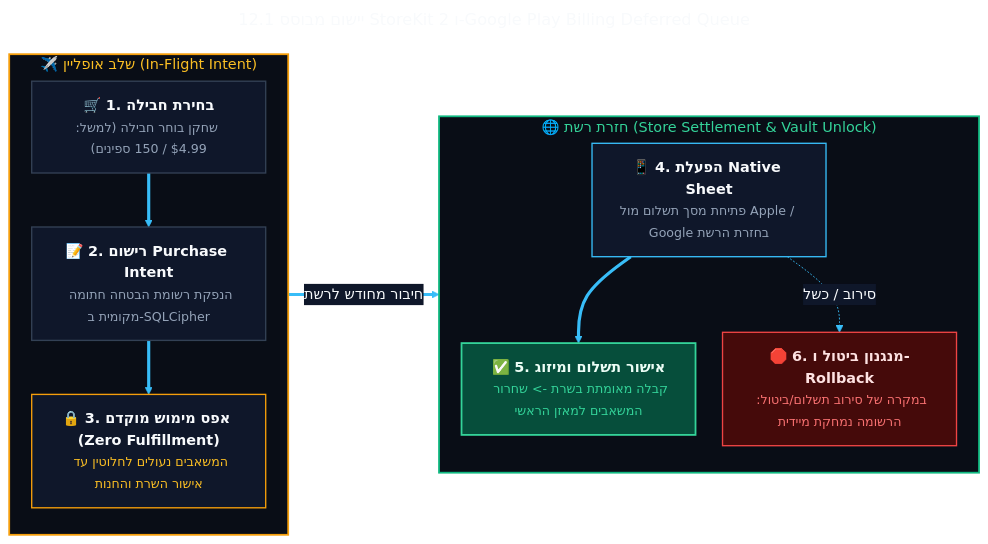
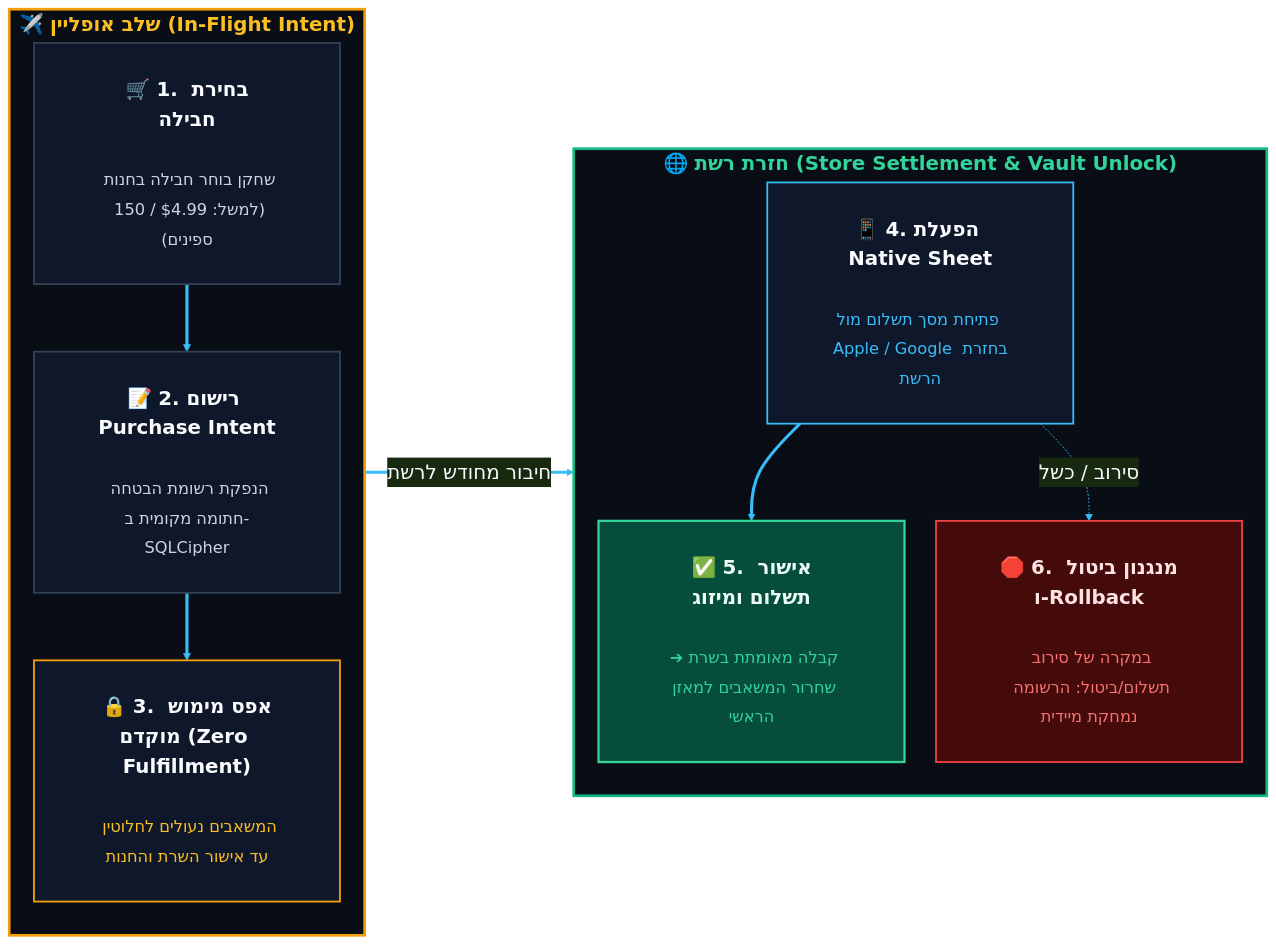
Before and after one commit to Yuvalalex/MOON-ACTIVE-MUNI-SPINE: diagram 24 of 28 in prd_finel_v5_CEO.md, drawn with Mermaid. The commit also changed other lines of this file, not shown here.

````diff
--- a/prd_finel_v5_CEO.md
+++ b/prd_finel_v5_CEO.md
@@ -1898,59 +1899,54 @@
 ```mermaid
----
-title: 12.1 יישום מבוסס StoreKit 2 ו-Google Play Billing Deferred Queue
----
 %%{init: {
   "theme": "base",
   "themeVariables": {
     "fontFamily": "Segoe UI, Assistant, sans-serif",
-    "fontSize": "16px",
+    "fontSize": "22px",
     "primaryColor": "#0f172a",
     "primaryTextColor": "#f8fafc",
     "primaryBorderColor": "#38bdf8",
-    "lineColor": "#38bdf8",
-    "secondaryColor": "#1e293b",
-    "tertiaryColor": "#1e293b",
-    "edgeLabelBackground": "#0f172a",
-    "nodeBorder": "#38bdf8",
-    "clusterBkg": "#0b1120",
-    "clusterBorder": "#38bdf8"
+    "lineColor": "#38bdf8"
   },
-  "flowchart": { "curve": "basis", "nodeSpacing": 30, "rankSpacing": 35, "padding": 15 },
-  "sequence": { "actorMargin": 30, "messageMargin": 30 },
-  "state": { "nodeSpacing": 30, "rankSpacing": 35, "titleTopMargin": 15 }
+  "flowchart": {
+    "nodeSpacing": 35,
+    "rankSpacing": 50,
+    "padding": 35
+  }
 }}%%
 flowchart LR
 
-    subgraph OFFLINE_PHASE ["✈️ שלב אופליין (In-Flight Intent)"]
+    subgraph OFFLINE_PHASE ["✈️ <b>שלב אופליין (In-Flight Intent)</b>"]
         direction TB
-        S1["🛒 <b>1. בחירת חבילה</b><br/><span style='font-size:14px;color:#94a3b8;'>שחקן בוחר חבילה (למשל: $4.99 / 150 ספינים)</span>"]
-        S2["📝 <b>2. רישום Purchase Intent</b><br/><span style='font-size:14px;color:#94a3b8;'>הנפקת רשומת הבטחה חתומה מקומית ב-SQLCipher</span>"]
-        S3["🔒 <b>3. אפס מימוש מוקדם (Zero Fulfillment)</b><br/><span style='font-size:14px;color:#fbbf24;'>המשאבים נעולים לחלוטין עד אישור השרת והחנות</span>"]
+        S1["🛒 <b>1. בחירת חבילה</b><br/><br/><span style='font-size:18px;color:#cbd5e1;'>שחקן בוחר חבילה בחנות (למשל: $4.99 / 150 ספינים)</span>"]
+        S2["📝 <b>2. רישום Purchase Intent</b><br/><br/><span style='font-size:18px;color:#cbd5e1;'>הנפקת רשומת הבטחה חתומה מקומית ב-SQLCipher</span>"]
+        S3["🔒 <b>3. אפס מימוש מוקדם (Zero Fulfillment)</b><br/><br/><span style='font-size:18px;color:#fbbf24;'>המשאבים נעולים לחלוטין עד אישור השרת והחנות</span>"]
         
         S1 ==> S2 ==> S3
     end
 
-    subgraph ONLINE_PHASE ["🌐 חזרת רשת (Store Settlement & Vault Unlock)"]
+    subgraph ONLINE_PHASE ["🌐 <b>חזרת רשת (Store Settlement & Vault Unlock)</b>"]
         direction TB
-        S4["📱 <b>4. הפעלת Native Sheet</b><br/><span style='font-size:14px;color:#94a3b8;'>פתיחת מסך תשלום מול Apple / Google בחזרת הרשת</span>"]
-        S5["✅ <b>5. אישור תשלום ומיזוג</b><br/><span style='font-size:14px;color:#34d399;'>קבלה מאומתת בשרת -> שחרור המשאבים למאזן הראשי</span>"]
-        S6["🛑 <b>6. מנגנון ביטול ו-Rollback</b><br/><span style='font-size:14px;color:#f87171;'>במקרה של סירוב תשלום/ביטול: הרשומה נמחקת מיידית</span>"]
+        S4["📱 <b>4. הפעלת Native Sheet</b><br/><br/><span style='font-size:18px;color:#38bdf8;'>פתיחת מסך תשלום מול Apple / Google בחזרת הרשת</span>"]
+        S5["✅ <b>5. אישור תשלום ומיזוג</b><br/><br/><span style='font-size:18px;color:#34d399;'>קבלה מאומתת בשרת ➔ שחרור המשאבים למאזן הראשי</span>"]
+        S6["🛑 <b>6. מנגנון ביטול ו-Rollback</b><br/><br/><span style='font-size:18px;color:#f87171;'>במקרה של סירוב תשלום/ביטול: הרשומה נמחקת מיידית</span>"]
         
         S4 ==> S5
         S4 -.->|"סירוב / כשל"| S6
     end
 
     OFFLINE_PHASE ==>|"חיבור מחודש לרשת"| ONLINE_PHASE
 
-    %% סגנונות כהים
-    style OFFLINE_PHASE fill:#090d16,stroke:#f59e0b,stroke-width:2px,color:#fbbf24
-    style ONLINE_PHASE fill:#090d16,stroke:#10b981,stroke-width:2px,color:#34d399
+    %% מסגרות חיצוניות כהות ומודגשות
+    style OFFLINE_PHASE fill:#090d16,stroke:#f59e0b,stroke-width:3px,color:#fbbf24
+    style ONLINE_PHASE fill:#090d16,stroke:#10b981,stroke-width:3px,color:#34d399
 
-    style S1 fill:#0f172a,stroke:#334155,stroke-width:1.5px,color:#f8fafc
-    style S2 fill:#0f172a,stroke:#334155,stroke-width:1.5px,color:#f8fafc
-    style S3 fill:#0f172a,stroke:#f59e0b,stroke-width:1.5px,color:#f8fafc
+    %% כרטיסים פנימיים מוגדלים ומרווחים
+    style S1 fill:#0f172a,stroke:#334155,stroke-width:2px,color:#f8fafc
+    style S2 fill:#0f172a,stroke:#334155,stroke-width:2px,color:#f8fafc
+    style S3 fill:#0f172a,stroke:#f59e0b,stroke-width:2px,color:#f8fafc
 
-    style S4 fill:#0f172a,stroke:#38bdf8,stroke-width:1.5px,color:#f8fafc
-    style S5 fill:#064e3b,stroke:#34d399,stroke-width:2px,color:#ecfdf5
-    style S6 fill:#450a0a,stroke:#ef4444,stroke-width:1.5px,color:#fee2e2
+    style S4 fill:#0f172a,stroke:#38bdf8,stroke-width:2px,color:#f8fafc
+    style S5 fill:#064e3b,stroke:#34d399,stroke-width:2.5px,color:#ecfdf5
+    style S6 fill:#450a0a,stroke:#ef4444,stroke-width:2px,color:#fee2e2
+
 ```
````
